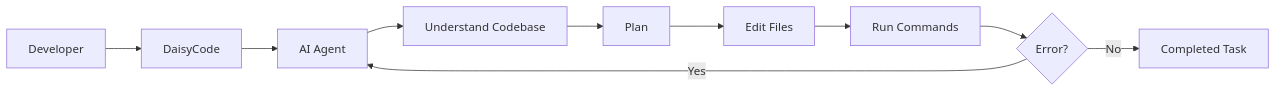
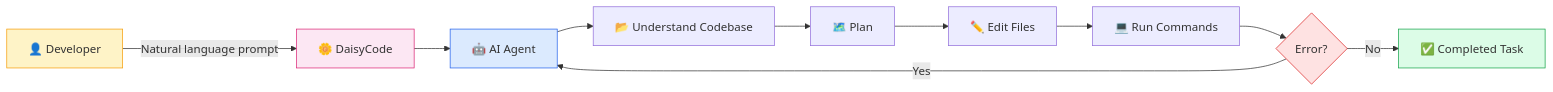
The first of 7 diagrams in README.md (Anurag13075/daisycode), drawn with Mermaid before and after one commit. The commit also changed other lines of this file, not shown here.

````diff
--- a/README.md
+++ b/README.md
@@ -26,12 +62,18 @@
 ```mermaid
 flowchart LR
-    A[Developer] --> B[DaisyCode]
-    B --> C[AI Agent]
-    C --> D[Understand Codebase]
-    D --> E[Plan]
-    E --> F[Edit Files]
-    F --> G[Run Commands]
+    A[👤 Developer] -->|Natural language prompt| B[🌼 DaisyCode]
+    B --> C[🤖 AI Agent]
+    C --> D[📂 Understand Codebase]
+    D --> E[🗺️ Plan]
+    E --> F[✏️ Edit Files]
+    F --> G[💻 Run Commands]
     G --> H{Error?}
     H -->|Yes| C
-    H -->|No| I[Completed Task]
+    H -->|No| I[✅ Completed Task]
+
+    style A fill:#fef3c7,stroke:#f59e0b
+    style B fill:#fce7f3,stroke:#db2777
+    style C fill:#dbeafe,stroke:#2563eb
+    style I fill:#dcfce7,stroke:#16a34a
+    style H fill:#fee2e2,stroke:#dc2626
 ```
````
